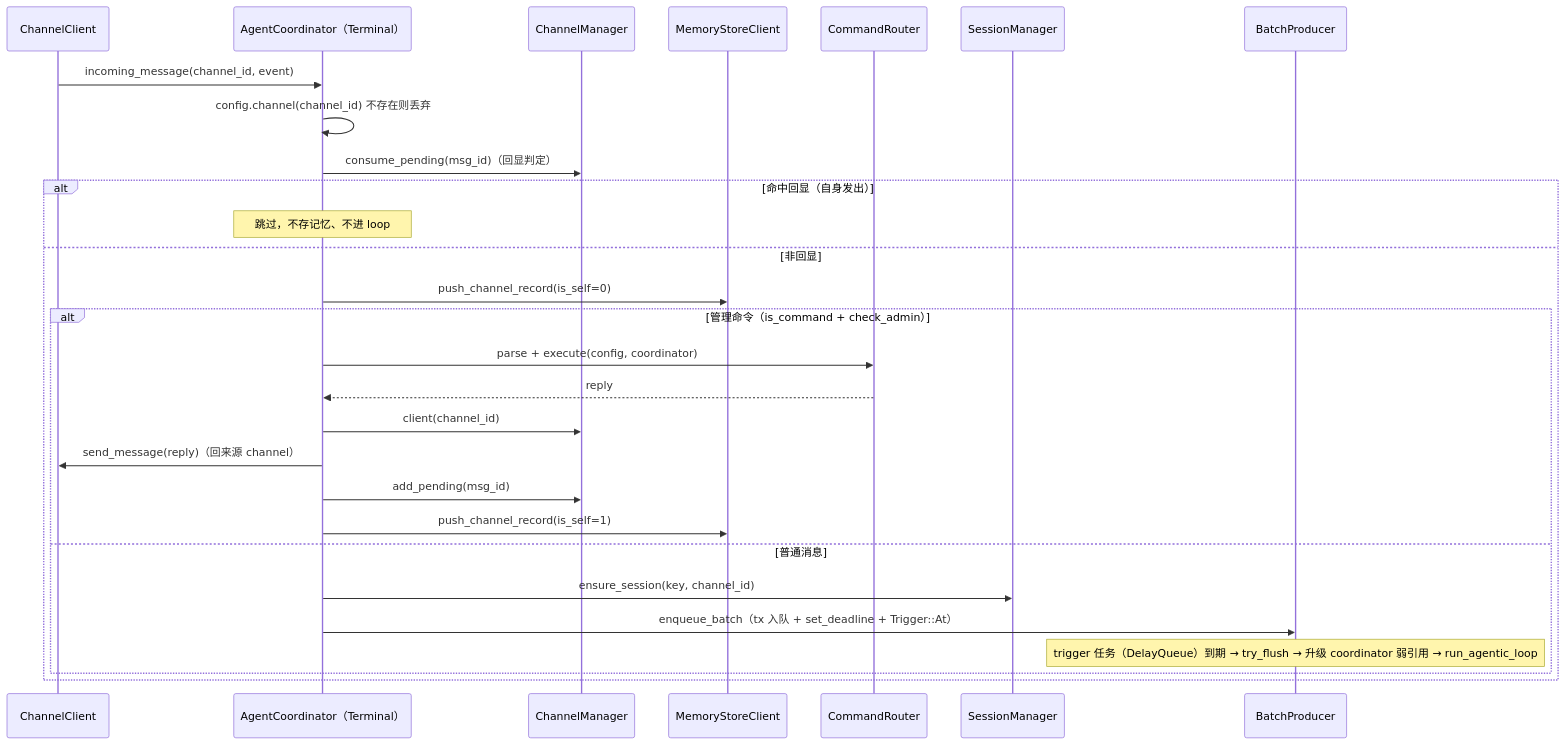
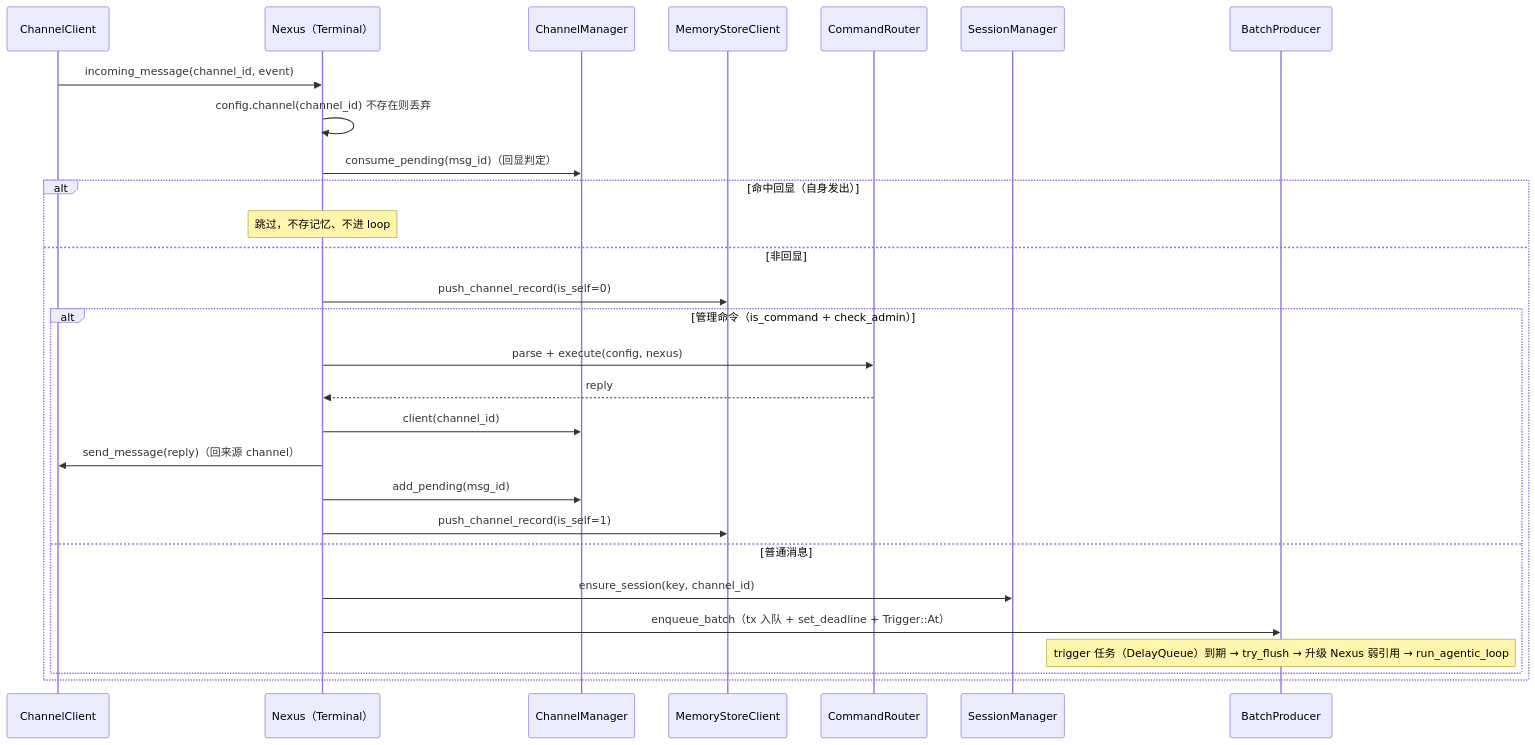
Before and after one commit to coldcloude/kissbot: the third of 5 diagrams in docs/spec/kissbot-agent-modules.md, drawn with Mermaid. The commit also changed other lines of this file and 9 other files, not shown here.

Commit message:
docs(agent): Station 嵌套化文档同步——模块设计重写（Toolkit/子 Station/递归平铺/内置 filesystem），新增 docs/spec/kissbot-agent-station.md 技术规格，实现计划与遗留事项更新（MCP/HTTP 协议/跨进程唯一性）；同步 stale 引用（AgentCoordinator→Nexus、StationRuntime→全局 Station、nexus 配置删 stations 段、station_router 删除、toolkit 白名单）

````diff
--- a/docs/spec/kissbot-agent-modules.md
+++ b/docs/spec/kissbot-agent-modules.md
@@ -110,31 +112,31 @@
 ```mermaid
 sequenceDiagram
     participant CC as ChannelClient
-    participant CO as AgentCoordinator（Terminal）
+    participant CO as Nexus（Terminal）
     participant CHM as ChannelManager
     participant MSC as MemoryStoreClient
     participant CRT as CommandRouter
     participant SM as SessionManager
     participant BP as BatchProducer
 
     CC->>CO: incoming_message(channel_id, event)
     CO->>CO: config.channel(channel_id) 不存在则丢弃
     CO->>CHM: consume_pending(msg_id)（回显判定）
     alt 命中回显（自身发出）
         Note over CO: 跳过，不存记忆、不进 loop
     else 非回显
         CO->>MSC: push_channel_record(is_self=0)
         alt 管理命令（is_command + check_admin）
-            CO->>CRT: parse + execute(config, coordinator)
+            CO->>CRT: parse + execute(config, nexus)
             CRT-->>CO: reply
             CO->>CHM: client(channel_id)
             CO->>CC: send_message(reply)（回来源 channel）
             CO->>CHM: add_pending(msg_id)
             CO->>MSC: push_channel_record(is_self=1)
         else 普通消息
             CO->>SM: ensure_session(key, channel_id)
             CO->>BP: enqueue_batch（tx 入队 + set_deadline + Trigger::At）
-            Note over BP: trigger 任务（DelayQueue）到期 → try_flush → 升级 coordinator 弱引用 → run_agentic_loop
+            Note over BP: trigger 任务（DelayQueue）到期 → try_flush → 升级 Nexus 弱引用 → run_agentic_loop
         end
     end
 ```
````
